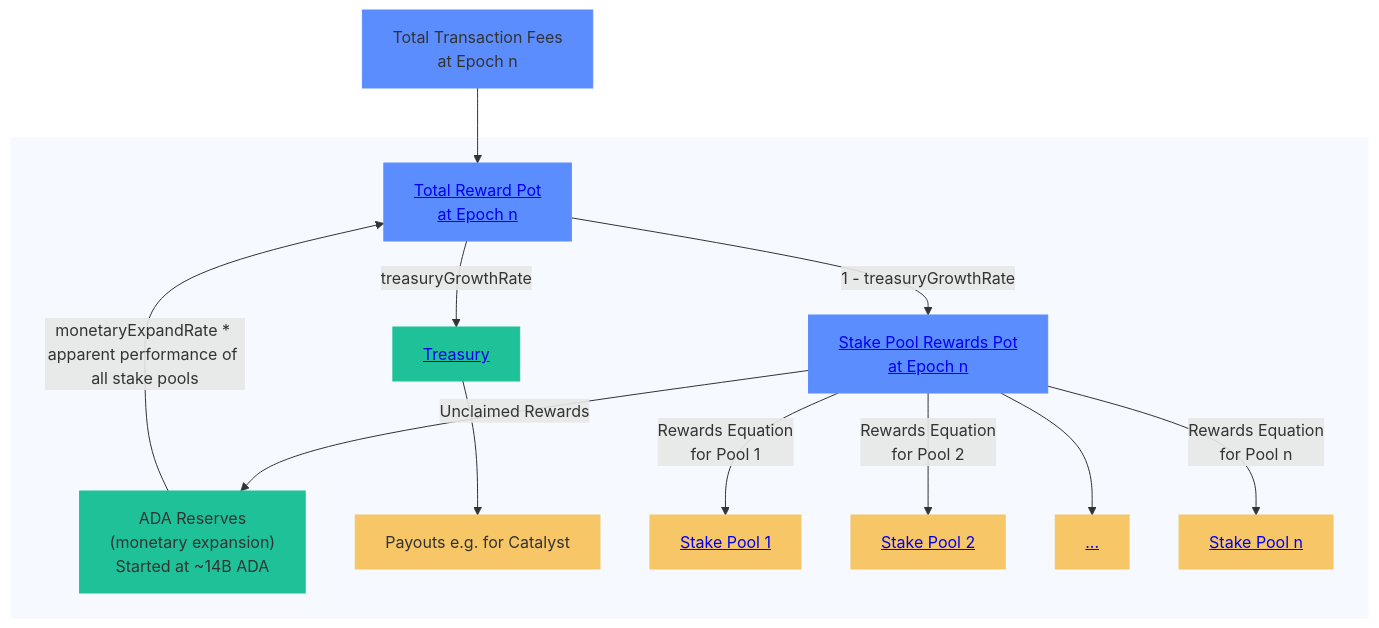
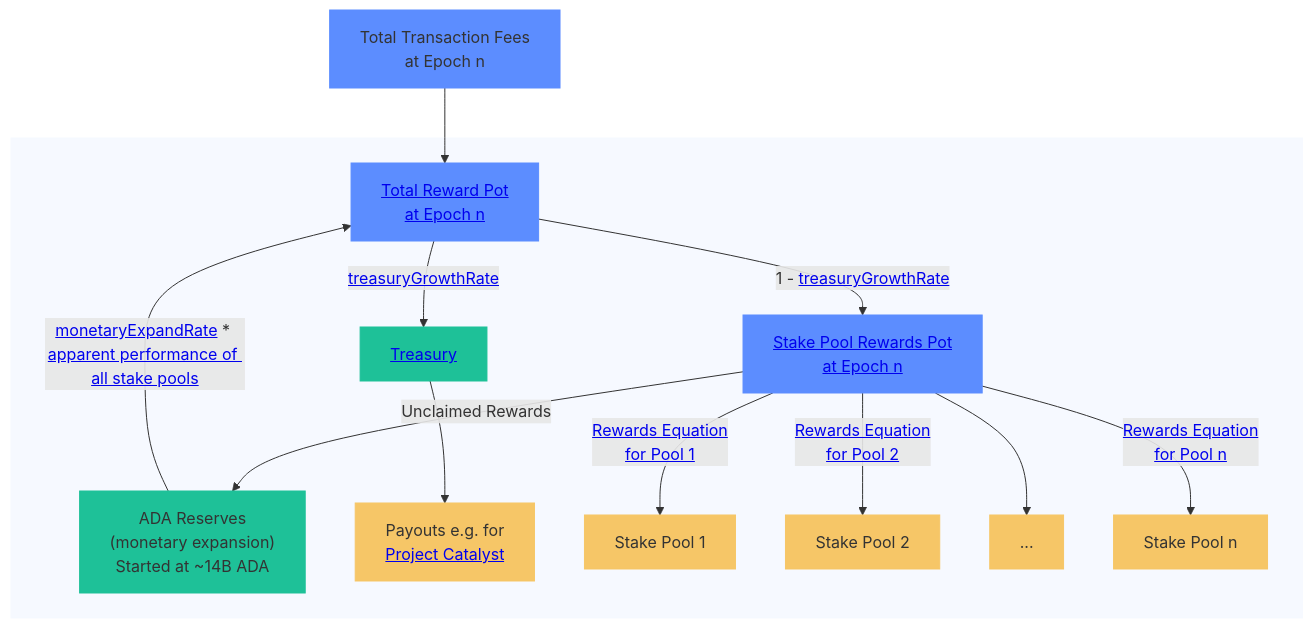
Before and after one commit to cardano-foundation/cf-java-rewards-calculation: the diagram in README.md, drawn with Mermaid.

Commit message:
chore: add links to protocol parameters to README.md

````diff
--- a/README.md
+++ b/README.md
@@ -13,29 +13,29 @@
 ```mermaid
 flowchart
     A[Total Transaction Fees <br />at Epoch n] --> B[<a href='https://github.com/cardano-foundation/cf-java-rewards-calculation/blob/a794130dc0e320426725a58b8b15f1fbe726b2de/src/main/java/org/cardanofoundation/rewards/calculation/TreasuryCalculation.java#L42'>Total Reward Pot <br />at Epoch n</a/>]
-    B --> | treasuryGrowthRate | C[<a href='https://github.com/cardano-foundation/cf-java-rewards-calculation/blob/a794130dc0e320426725a58b8b15f1fbe726b2de/src/main/java/org/cardanofoundation/rewards/calculation/TreasuryCalculation.java#L17'>Treasury</a/>]
-    B --> | 1 - treasuryGrowthRate | D[<a href='https://github.com/cardano-foundation/cf-java-rewards-calculation/blob/a794130dc0e320426725a58b8b15f1fbe726b2de/src/test/java/org/cardanofoundation/rewards/calculation/PoolRewardCalculationTest.java#L63'>Stake Pool Rewards Pot <br />at Epoch n</a/>]
+    B --> | <a href='https://cips.cardano.org/cips/cip9/#updatableprotocolparameters'>treasuryGrowthRate</a> | C[<a href='https://github.com/cardano-foundation/cf-java-rewards-calculation/blob/a794130dc0e320426725a58b8b15f1fbe726b2de/src/main/java/org/cardanofoundation/rewards/calculation/TreasuryCalculation.java#L17'>Treasury</a/>]
+    B --> | 1 - <a href='https://cips.cardano.org/cips/cip9/#updatableprotocolparameters'>treasuryGrowthRate</a> | D[<a href='https://github.com/cardano-foundation/cf-java-rewards-calculation/blob/a794130dc0e320426725a58b8b15f1fbe726b2de/src/test/java/org/cardanofoundation/rewards/calculation/PoolRewardCalculationTest.java#L63'>Stake Pool Rewards Pot <br />at Epoch n</a/>]
     subgraph ADA_POTS[" "]
     D --> | Unclaimed Rewards | E["ADA Reserves<br /> (monetary expansion) <br /> Started at ~14B ADA"]
-    E --> | monetaryExpandRate * apparent performance of all stake pools | B
-    C --> F[Payouts e.g. for Catalyst]
-    D --> | Rewards Equation<br /> for Pool 1 | G[<a href='https://github.com/cardano-foundation/cf-java-rewards-calculation/blob/a794130dc0e320426725a58b8b15f1fbe726b2de/src/main/java/org/cardanofoundation/rewards/calculation/PoolRewardCalculation.java#L87'>Stake Pool 1</a>]
-    D --> | Rewards Equation<br /> for Pool 2 | H[<a href='https://github.com/cardano-foundation/cf-java-rewards-calculation/blob/a794130dc0e320426725a58b8b15f1fbe726b2de/src/main/java/org/cardanofoundation/rewards/calculation/PoolRewardCalculation.java#L87'>Stake Pool 2</a>]
-    D --> I[<a href='https://github.com/cardano-foundation/cf-java-rewards-calculation/blob/a794130dc0e320426725a58b8b15f1fbe726b2de/src/main/java/org/cardanofoundation/rewards/calculation/PoolRewardCalculation.java#L87'>...</a>]
-    D --> | Rewards Equation<br /> for Pool n | J[<a href='https://github.com/cardano-foundation/cf-java-rewards-calculation/blob/a794130dc0e320426725a58b8b15f1fbe726b2de/src/main/java/org/cardanofoundation/rewards/calculation/PoolRewardCalculation.java#L87'>Stake Pool n</a>]
+    E --> | <a href='https://cips.cardano.org/cips/cip9/#updatableprotocolparameters'>monetaryExpandRate</a> * <a href='https://github.com/cardano-foundation/cf-java-rewards-calculation/blob/main/src/main/java/org/cardanofoundation/rewards/calculation/PoolRewardCalculation.java#L19'>apparent performance of all stake pools</a> | B
+    C --> F[Payouts e.g. for <br /><a href='https://projectcatalyst.io/'>Project Catalyst</a>]
+    D --> | <a href='https://github.com/cardano-foundation/cf-java-rewards-calculation/blob/a794130dc0e320426725a58b8b15f1fbe726b2de/src/main/java/org/cardanofoundation/rewards/calculation/PoolRewardCalculation.java#L87'>Rewards Equation<br /> for Pool 1</a> | G[Stake Pool 1]
+    D --> | <a href='https://github.com/cardano-foundation/cf-java-rewards-calculation/blob/a794130dc0e320426725a58b8b15f1fbe726b2de/src/main/java/org/cardanofoundation/rewards/calculation/PoolRewardCalculation.java#L87'>Rewards Equation<br /> for Pool 2</a> | H[Stake Pool 2]
+    D --> I[...]
+    D --> | <a href='https://github.com/cardano-foundation/cf-java-rewards-calculation/blob/a794130dc0e320426725a58b8b15f1fbe726b2de/src/main/java/org/cardanofoundation/rewards/calculation/PoolRewardCalculation.java#L87'>Rewards Equation<br /> for Pool n</a> | J[Stake Pool n]
     end
 
     style A fill:#5C8DFF,stroke:#5C8DFF
     style B fill:#5C8DFF,stroke:#5C8DFF
     style C fill:#1EC198,stroke:#1EC198
     style D fill:#5C8DFF,stroke:#5C8DFF
     style E fill:#1EC198,stroke:#1EC198
 
     style F fill:#F6C667,stroke:#F6C667
     style G fill:#F6C667,stroke:#F6C667
     style H fill:#F6C667,stroke:#F6C667
     style I fill:#F6C667,stroke:#F6C667
     style J fill:#F6C667,stroke:#F6C667
 
     style ADA_POTS fill:#f6f9ff,stroke:#f6f9ff
 ```
````
